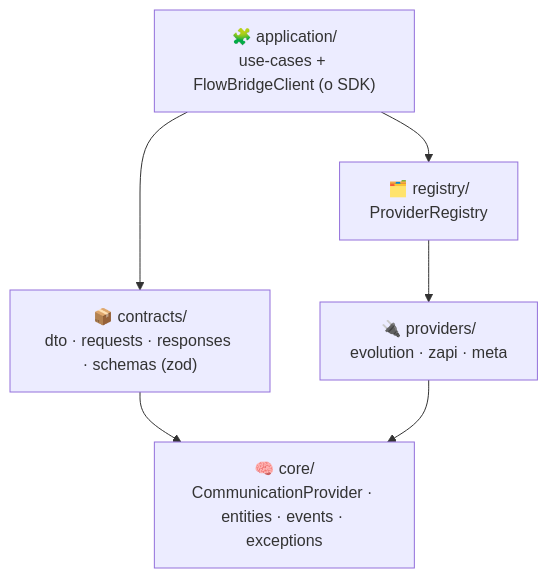
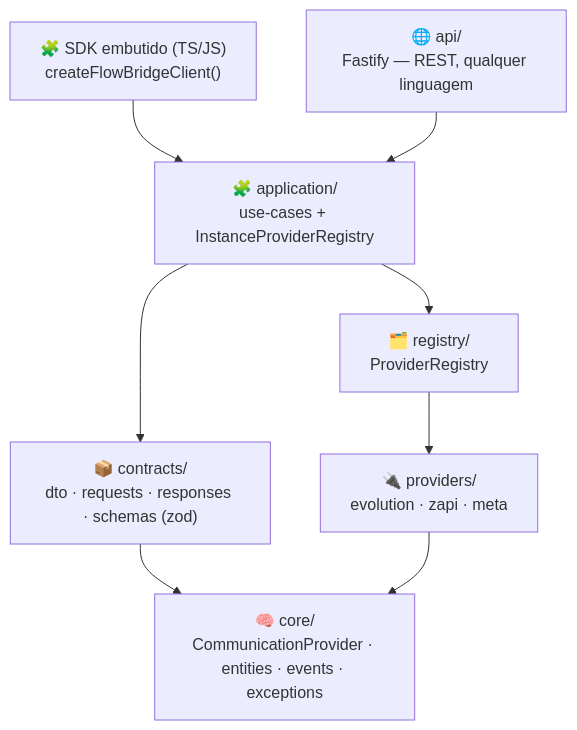
The third of 3 diagrams in README.md (YuriMarcio/Zap-Conection), drawn with Mermaid before and after one commit. The commit also changed other lines of this file and 36 other files, not shown here.

````diff
--- a/README.md
+++ b/README.md
@@ -78,11 +80,15 @@
 ```mermaid
 flowchart TB
-    application["🧩 application/<br/>use-cases + FlowBridgeClient (o SDK)"]
+    sdk["🧩 SDK embutido (TS/JS)<br/>createFlowBridgeClient()"]
+    api["🌐 api/<br/>Fastify — REST, qualquer linguagem"]
+    application["🧩 application/<br/>use-cases + InstanceProviderRegistry"]
     contracts["📦 contracts/<br/>dto · requests · responses · schemas (zod)"]
     core["🧠 core/<br/>CommunicationProvider · entities · events · exceptions"]
     registry["🗂️ registry/<br/>ProviderRegistry"]
     providers["🔌 providers/<br/>evolution · zapi · meta"]
 
+    sdk --> application
+    api --> application
     application --> contracts --> core
     application --> registry --> providers --> core
 ```
````
